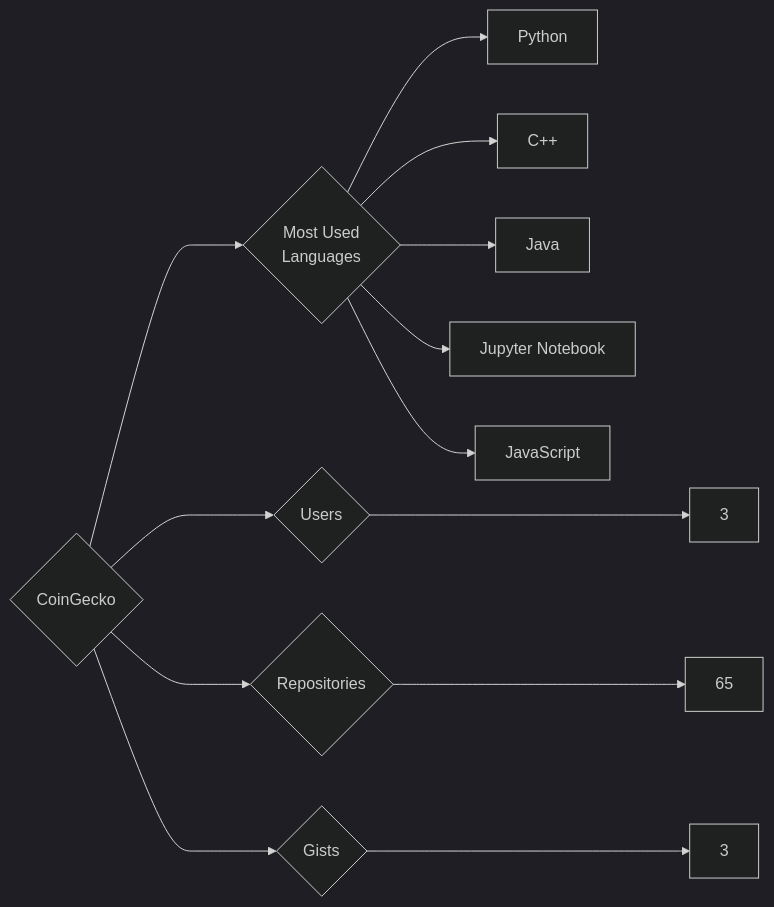
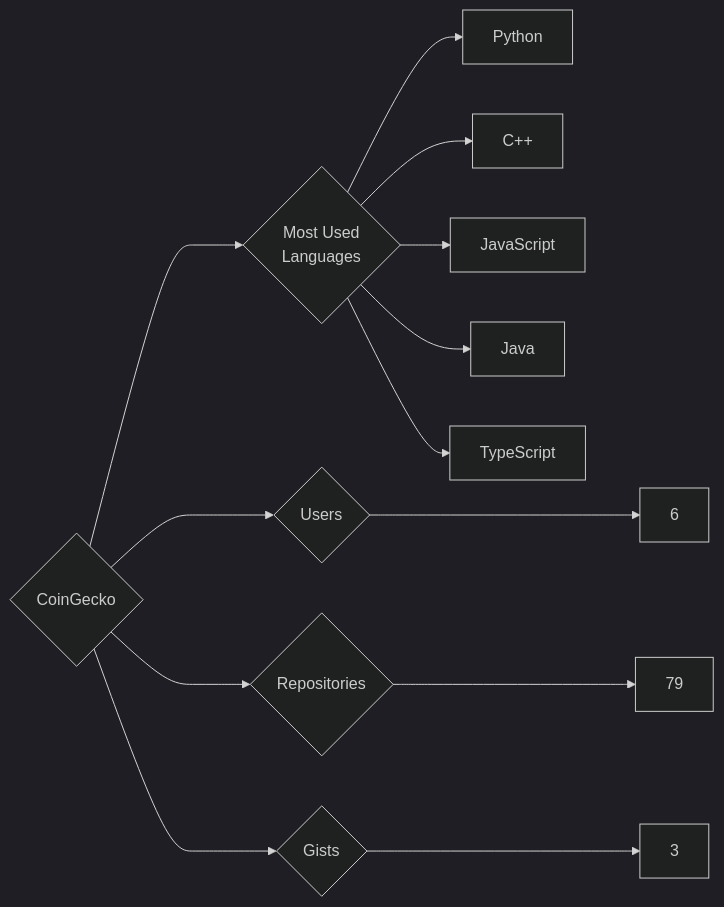
Before and after one commit to trickest/insiders: the diagram in targets/CoinGecko/README.md, drawn with Mermaid (dark theme). The commit also changed 912 other files, not shown here.

````diff
--- a/targets/CoinGecko/README.md
+++ b/targets/CoinGecko/README.md
@@ -3,13 +3,13 @@
 ```mermaid
 graph LR
 COMPANY_NAME{CoinGecko}
-COMPANY_NAME ---> U{Users} ---> UN[3]
-COMPANY_NAME ---> R{Repositories} ---> RN[65]
+COMPANY_NAME ---> U{Users} ---> UN[6]
+COMPANY_NAME ---> R{Repositories} ---> RN[79]
 COMPANY_NAME ---> G{Gists} ---> GN[3]
 COMPANY_NAME ---> ML{Most Used<br>Languages}
 ML --> Python[Python]
 ML --> C++[C++]
+ML --> JavaScript[JavaScript]
 ML --> Java[Java]
-ML --> Jupyter_Notebook[Jupyter Notebook]
-ML --> JavaScript[JavaScript]
+ML --> TypeScript[TypeScript]
 ```
````
